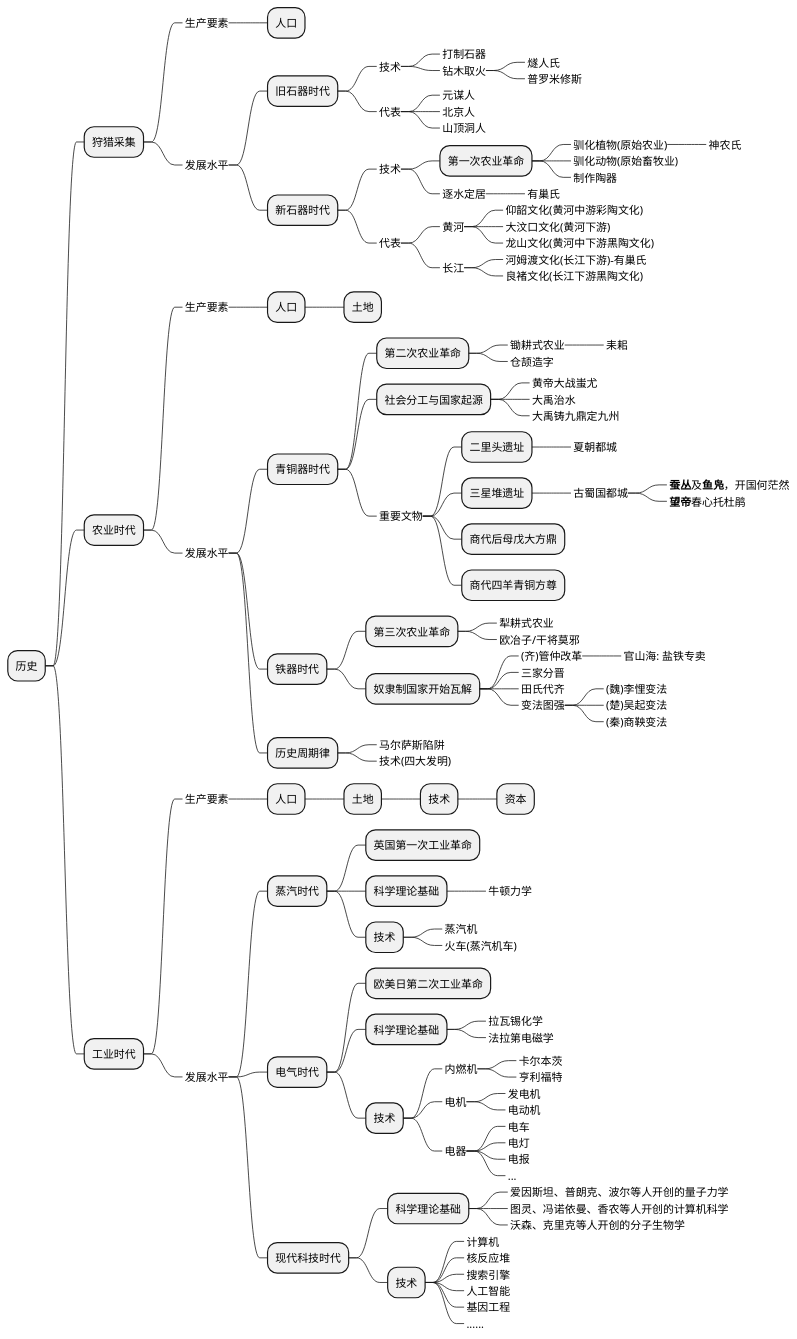
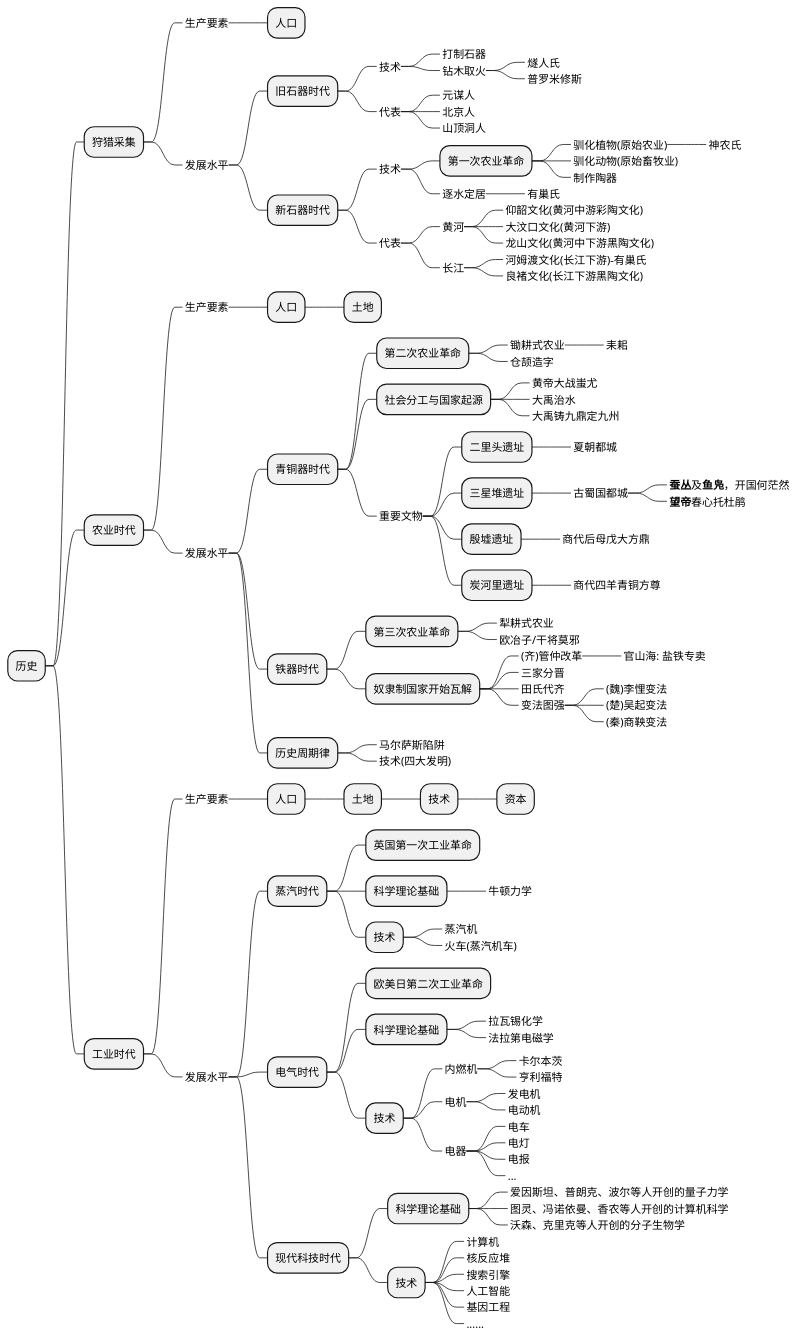
One commit to holmofy/blog.hufeifei.cn changed the first of 2 diagrams in source/_posts/economic/economic_and_history.md. Above: the diagram before and after it, drawn with PlantUML.

```diff
--- a/source/_posts/economic/economic_and_history.md
+++ b/source/_posts/economic/economic_and_history.md
@@ -68,8 +68,10 @@
 +++++++_ 古蜀国都城
 ++++++++_ **蚕丛**及**鱼凫**，开国何茫然
 ++++++++_ **望帝**春心托杜鹃
-++++++ 商代后母戊大方鼎
-++++++ 商代四羊青铜方尊
+++++++ 殷墟遗址
++++++++_ 商代后母戊大方鼎
+++++++ 炭河里遗址
++++++++_ 商代四羊青铜方尊
 ++++ 铁器时代
 +++++ 第三次农业革命
 ++++++_ 犁耕式农业
```
